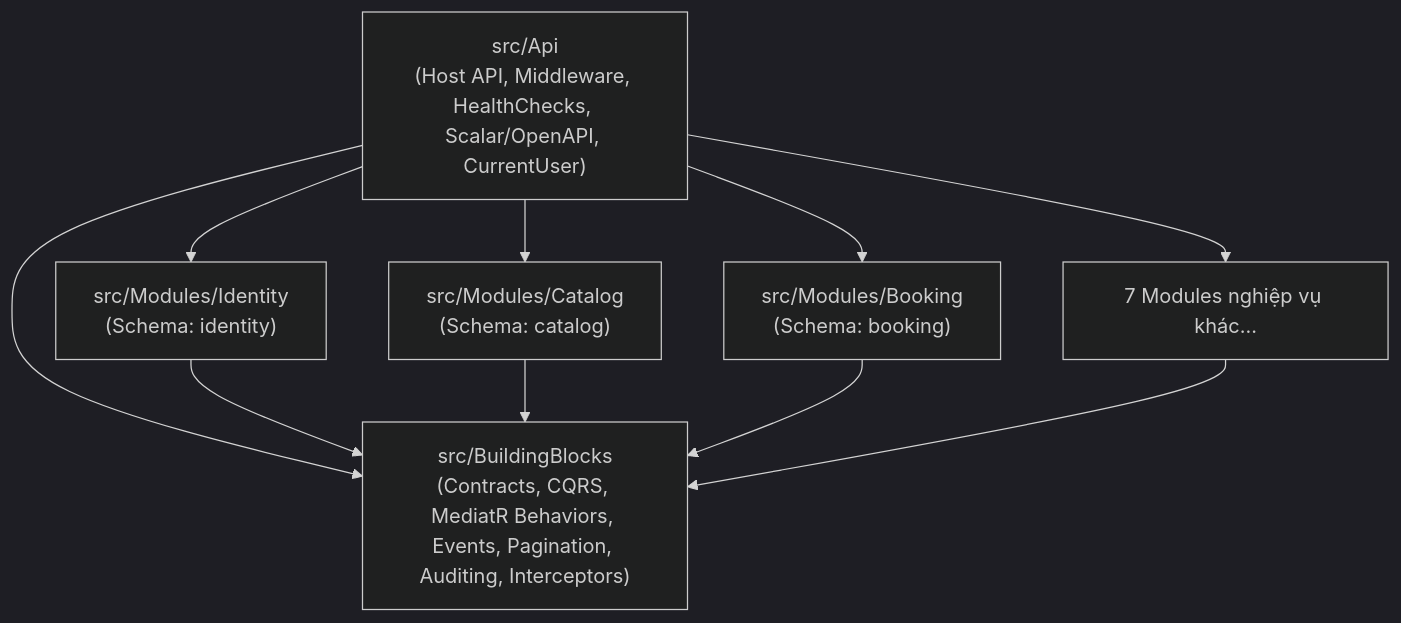
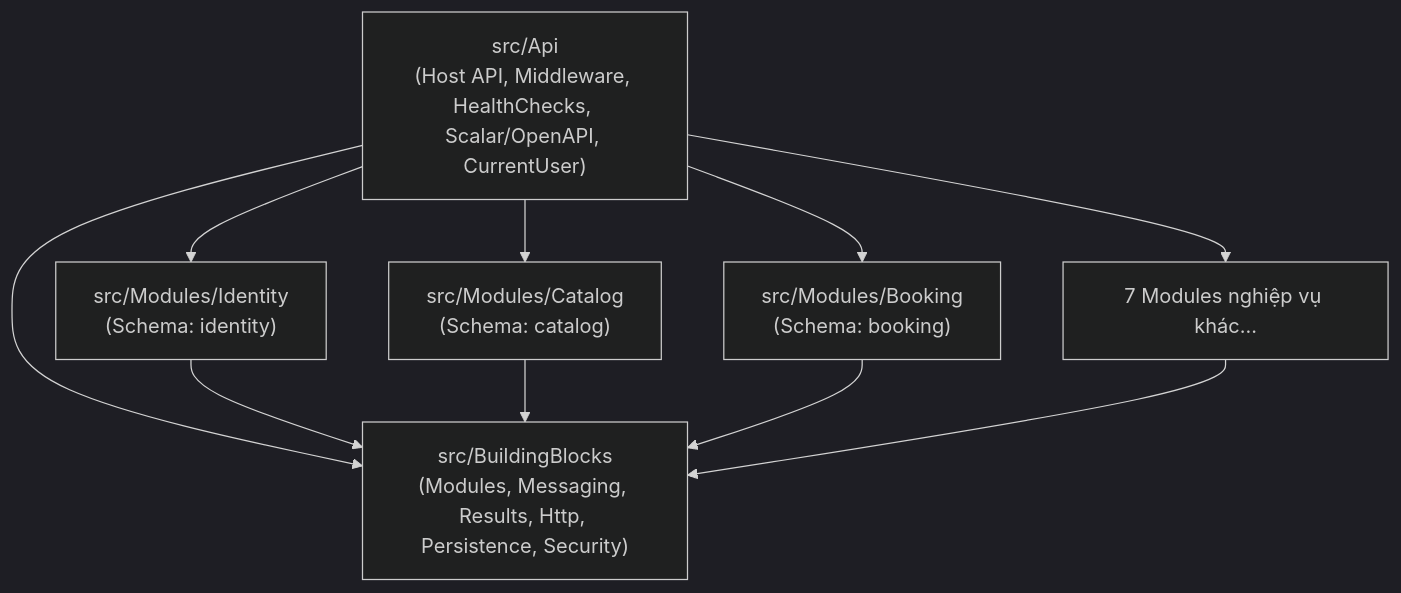
Before and after one commit to SkillBrigde/skillbridge-api: the diagram in docs/setup-guide.md, drawn with Mermaid (dark theme). The commit also changed other lines of this file and 142 other files, not shown here.

````diff
--- a/docs/setup-guide.md
+++ b/docs/setup-guide.md
@@ -25,22 +25,22 @@
 ```mermaid
 graph TD
     Bootstrapper["src/Api<br/>(Host API, Middleware, HealthChecks, Scalar/OpenAPI, CurrentUser)"]
 
-    BB["src/BuildingBlocks<br/>(Contracts, CQRS, MediatR Behaviors, Events, Pagination, Auditing, Interceptors)"]
+    BB["src/BuildingBlocks<br/>(Modules, Messaging, Results, Http, Persistence, Security)"]
 
     ModIdentity["src/Modules/Identity<br/>(Schema: identity)"]
     ModCatalog["src/Modules/Catalog<br/>(Schema: catalog)"]
     ModBooking["src/Modules/Booking<br/>(Schema: booking)"]
     ModOther["7 Modules nghiệp vụ khác..."]
 
     Bootstrapper --> ModIdentity
     Bootstrapper --> ModCatalog
     Bootstrapper --> ModBooking
     Bootstrapper --> ModOther
     Bootstrapper --> BB
 
     ModIdentity --> BB
     ModCatalog --> BB
     ModBooking --> BB
     ModOther --> BB
 ```
````
